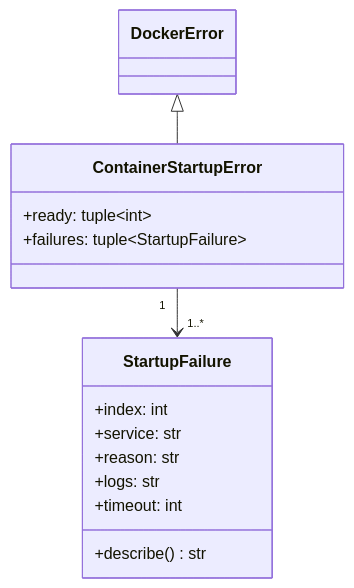
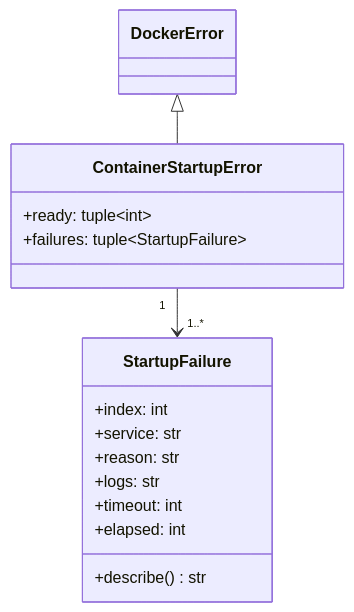
One commit to devbasex/devbase changed the second of 4 diagrams in docs/specifications/post-start.md. Above: the diagram before and after it, drawn with Mermaid. The commit also changed other lines of this file and 1 other file, not shown here.

````diff
--- a/docs/specifications/post-start.md
+++ b/docs/specifications/post-start.md
@@ -75,18 +75,19 @@
 ```mermaid
 classDiagram
     class DockerError
     class ContainerStartupError {
         +ready: tuple~int~
         +failures: tuple~StartupFailure~
     }
     class StartupFailure {
         +index: int
         +service: str
         +reason: str
         +logs: str
         +timeout: int
+        +elapsed: int
         +describe() str
     }
     DockerError <|-- ContainerStartupError
     ContainerStartupError "1" --> "1..*" StartupFailure
 ```
````
